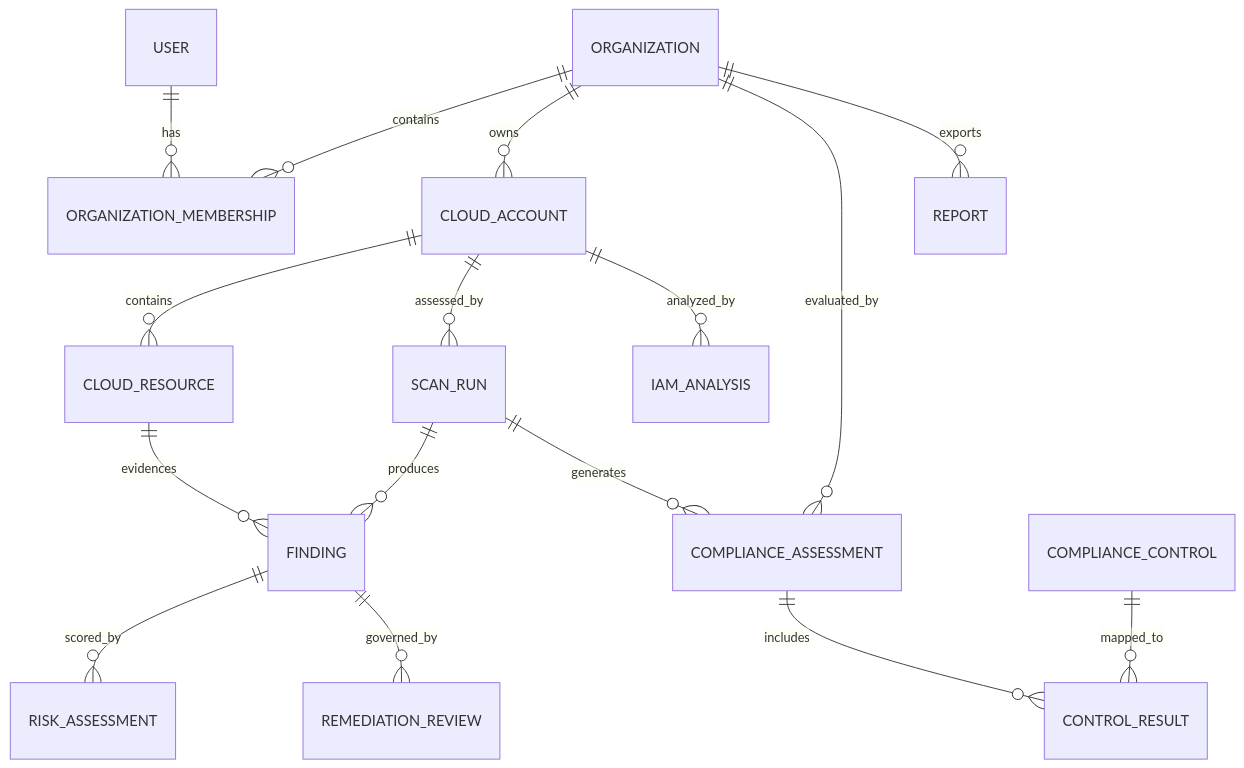
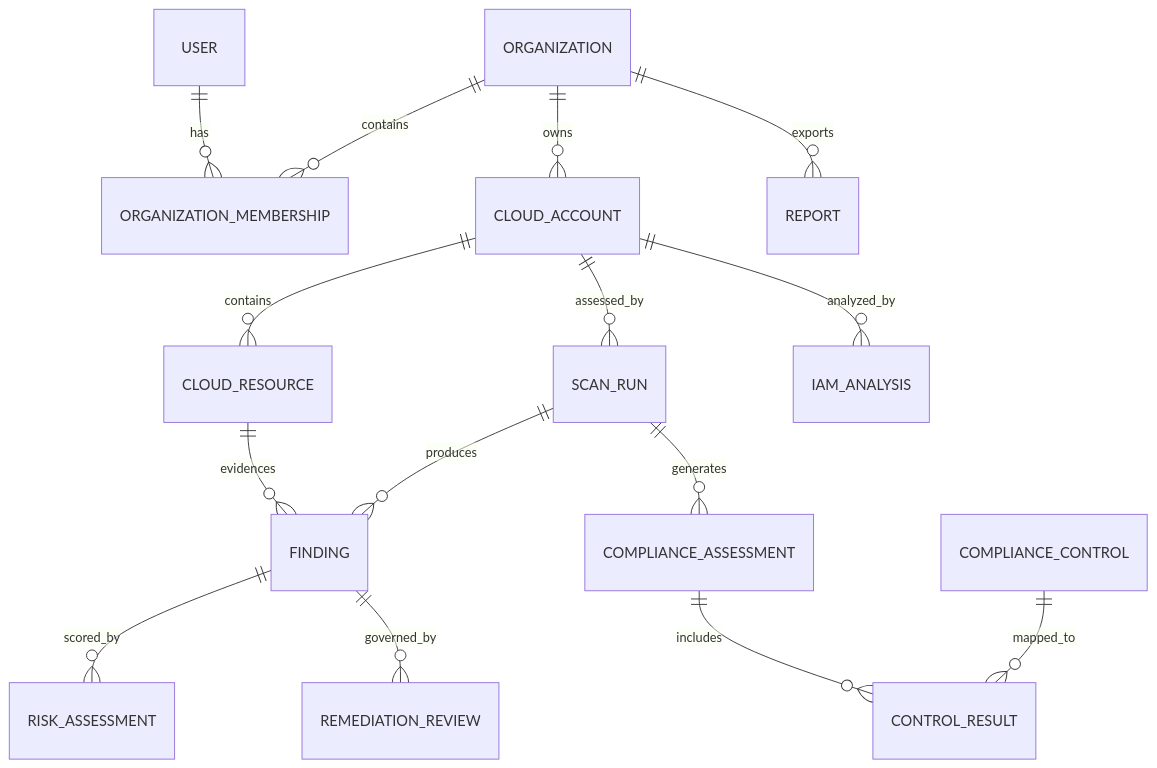
One commit to Njbalamani/Cloud-Sentry changed diagram 13 of 13 in clous-sentry/README.md. Above: the diagram before and after it, drawn with Mermaid. The commit also changed other lines of this file and 1 other file, not shown here.

````diff
--- a/clous-sentry/README.md
+++ b/clous-sentry/README.md
@@ -460,18 +873,17 @@
 ```mermaid
 erDiagram
     USER ||--o{ ORGANIZATION_MEMBERSHIP : has
     ORGANIZATION ||--o{ ORGANIZATION_MEMBERSHIP : contains
     ORGANIZATION ||--o{ CLOUD_ACCOUNT : owns
     CLOUD_ACCOUNT ||--o{ CLOUD_RESOURCE : contains
     CLOUD_ACCOUNT ||--o{ SCAN_RUN : assessed_by
     SCAN_RUN ||--o{ FINDING : produces
     CLOUD_RESOURCE ||--o{ FINDING : evidences
     FINDING ||--o{ RISK_ASSESSMENT : scored_by
     FINDING ||--o{ REMEDIATION_REVIEW : governed_by
-    ORGANIZATION ||--o{ COMPLIANCE_ASSESSMENT : evaluated_by
+    CLOUD_ACCOUNT ||--o{ IAM_ANALYSIS : analyzed_by
     SCAN_RUN ||--o{ COMPLIANCE_ASSESSMENT : generates
     COMPLIANCE_ASSESSMENT ||--o{ CONTROL_RESULT : includes
     COMPLIANCE_CONTROL ||--o{ CONTROL_RESULT : mapped_to
-    CLOUD_ACCOUNT ||--o{ IAM_ANALYSIS : analyzed_by
     ORGANIZATION ||--o{ REPORT : exports
 ```
````
